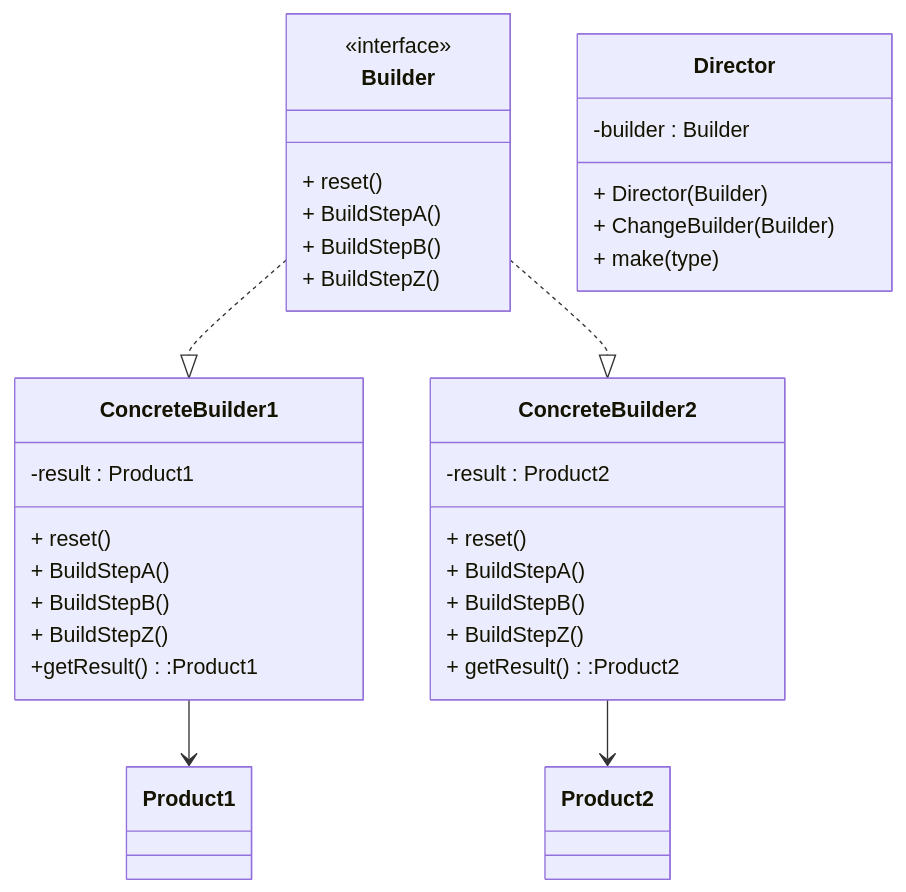
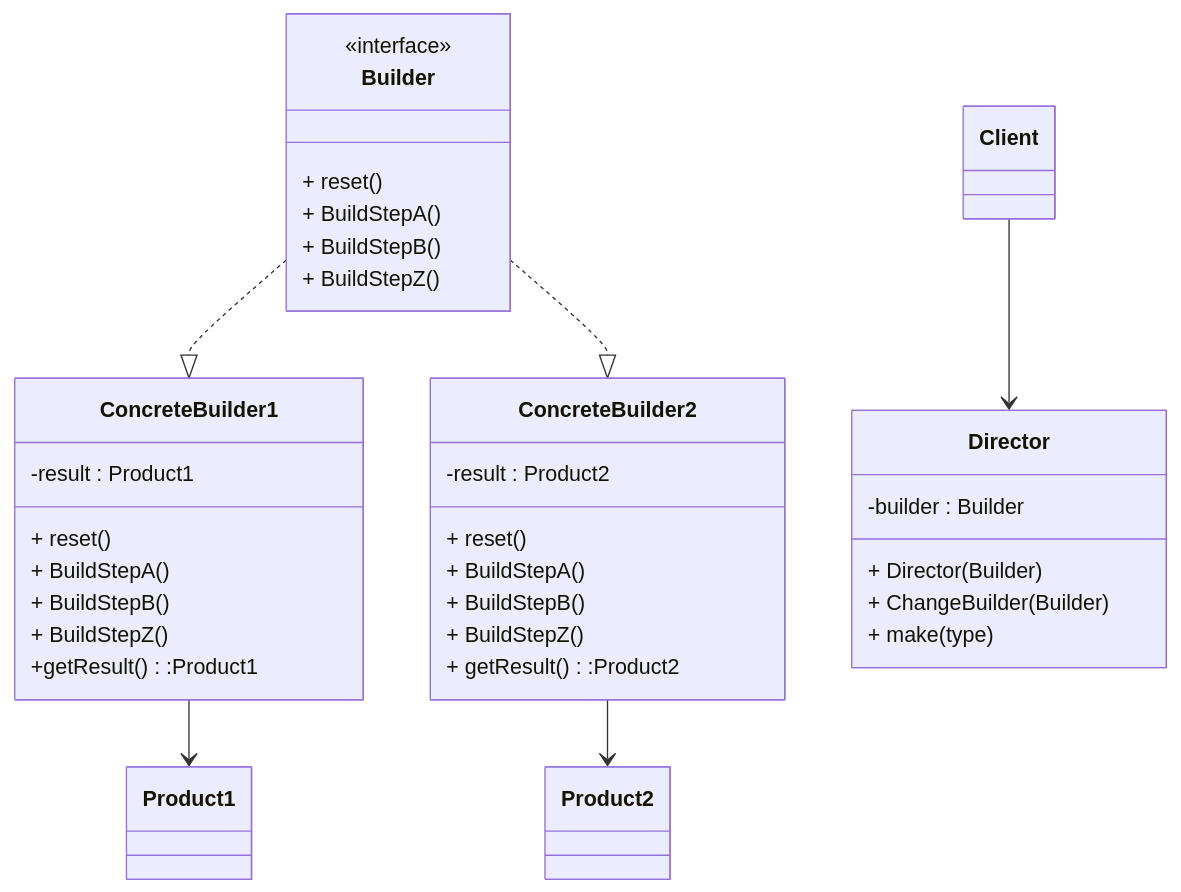
The diagram in Builder/README.md (kirolossedra/Creational-Design-Patterns), drawn with Mermaid before and after one commit.

````diff
--- a/Builder/README.md
+++ b/Builder/README.md
@@ -2,45 +2,46 @@
 ```mermaid
 classDiagram
 Builder ..|> ConcreteBuilder1
 Builder ..|> ConcreteBuilder2
 ConcreteBuilder1 --> Product1
 ConcreteBuilder2 --> Product2
-
+Client --> Director
+class Client
 class Builder{
 <<interface>> 
     + reset()
     + BuildStepA()
     + BuildStepB()
     + BuildStepZ()
 }
 
 class Director{
 -builder : Builder
 + Director(Builder)
 + ChangeBuilder(Builder)
 + make(type)
 }
 
 class ConcreteBuilder1{
 -result : Product1
 + reset()
 + BuildStepA()
 + BuildStepB()
 + BuildStepZ()
 +getResult():Product1
 
 }
 
 class ConcreteBuilder2{
 -result : Product2
 + reset()
 + BuildStepA()
 + BuildStepB()
 + BuildStepZ()
 + getResult():Product2
 
 }
 class Product1
 class Product2
 
 ```
````
